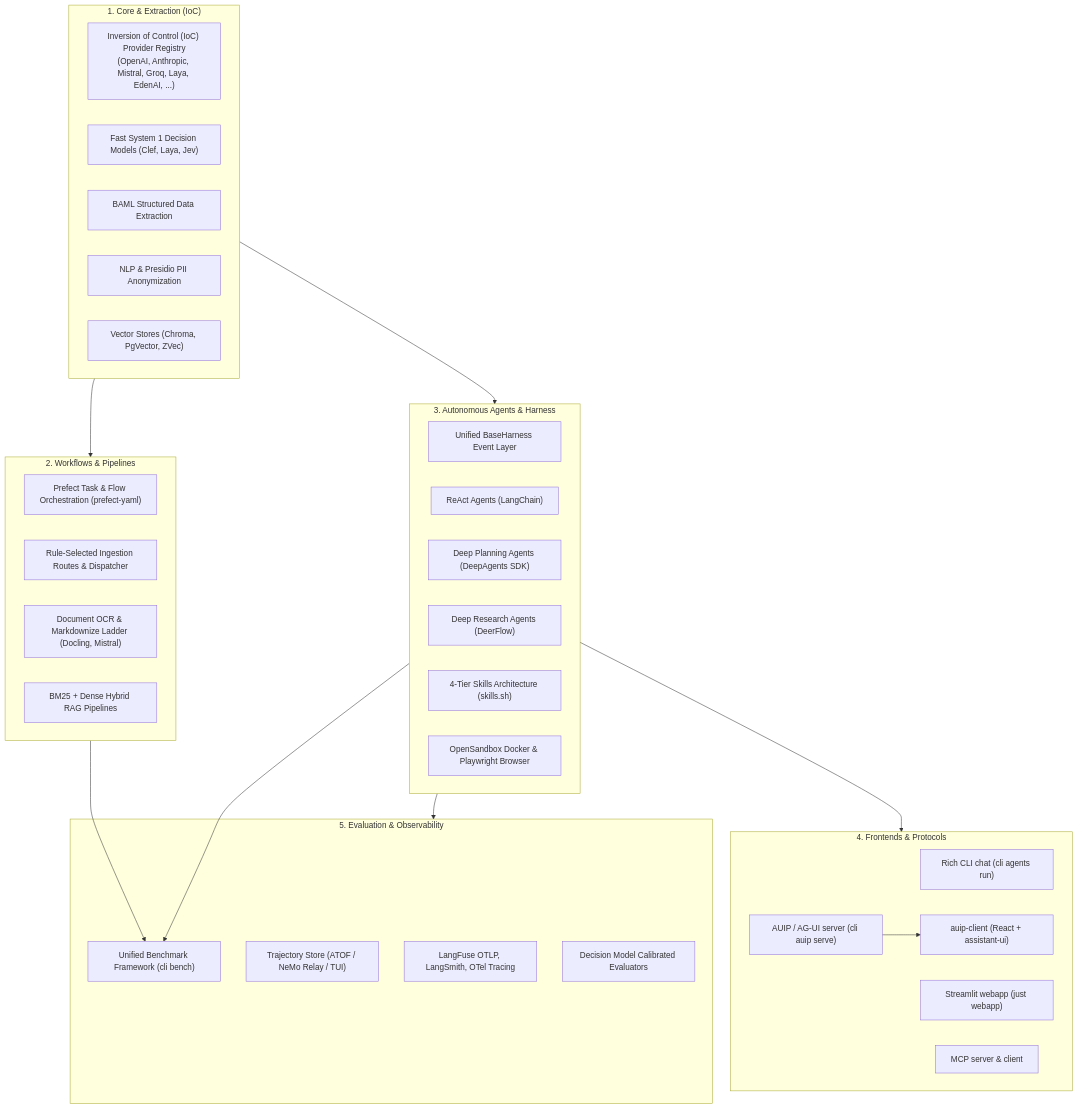
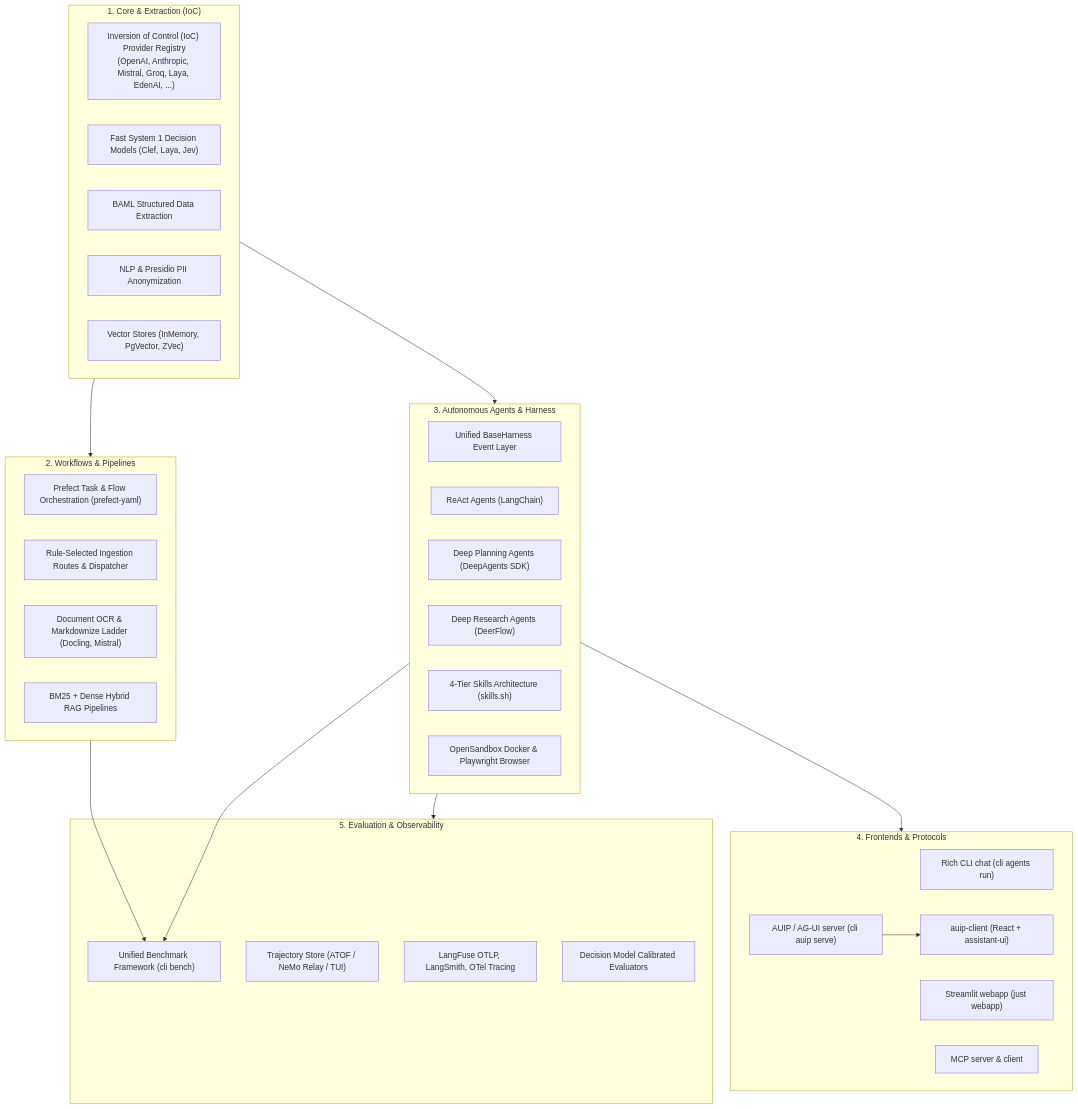
The diagram in README.md (tclatos/genai-tk), drawn with Mermaid before and after one commit. The commit also changed other lines of this file and 39 other files, not shown here.

````diff
--- a/README.md
+++ b/README.md
@@ -14,49 +14,49 @@
 ```mermaid
 flowchart TD
     subgraph Core["1. Core & Extraction (IoC)"]
         LLM["Inversion of Control (IoC) Provider Registry<br/>(OpenAI, Anthropic, Mistral, Groq, Laya, EdenAI, ...)"]
         DECIDE["Fast System 1 Decision Models (Clef, Laya, Jev)"]
         BAML["BAML Structured Data Extraction"]
         NLP["NLP & Presidio PII Anonymization"]
-        VEC["Vector Stores (Chroma, PgVector, ZVec)"]
+        VEC["Vector Stores (InMemory, PgVector, ZVec)"]
     end
 
     subgraph Orchestration["2. Workflows & Pipelines"]
         PREF["Prefect Task & Flow Orchestration (prefect-yaml)"]
         DSL["Rule-Selected Ingestion Routes & Dispatcher"]
         DOC["Document OCR & Markdownize Ladder (Docling, Mistral)"]
         RAG["BM25 + Dense Hybrid RAG Pipelines"]
     end
 
     subgraph Agentic["3. Autonomous Agents & Harness"]
         HARNESS["Unified BaseHarness Event Layer"]
         REACT["ReAct Agents (LangChain)"]
         DEEP["Deep Planning Agents (DeepAgents SDK)"]
         DEER["Deep Research Agents (DeerFlow)"]
         SKILLS["4-Tier Skills Architecture (skills.sh)"]
         SANDBOX["OpenSandbox Docker & Playwright Browser"]
     end
 
     subgraph Frontends["4. Frontends & Protocols"]
         CLIUI["Rich CLI chat (cli agents run)"]
         STUI["Streamlit webapp (just webapp)"]
         AUIP["AUIP / AG-UI server (cli auip serve)"]
         WEBC["auip-client (React + assistant-ui)"]
         MCPS["MCP server & client"]
     end
 
     subgraph Observability["5. Evaluation & Observability"]
         BENCH["Unified Benchmark Framework (cli bench)"]
         TRAJ["Trajectory Store (ATOF / NeMo Relay / TUI)"]
         MON["LangFuse OTLP, LangSmith, OTel Tracing"]
         EVALS["Decision Model Calibrated Evaluators"]
     end
 
     Core --> Orchestration
     Core --> Agentic
     Orchestration --> BENCH
     Agentic --> BENCH
     Agentic --> Frontends
     AUIP --> WEBC
     Agentic --> Observability
 ```
````
